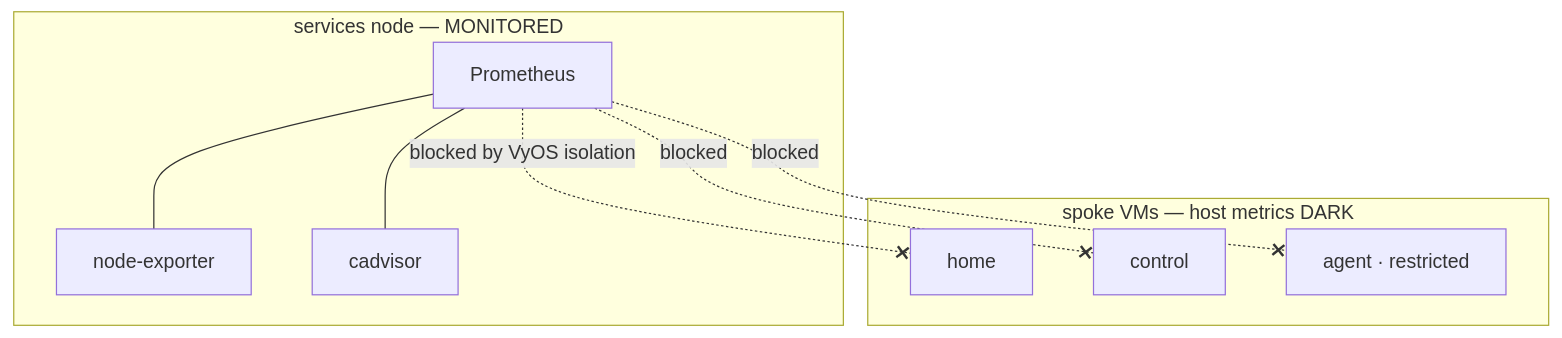
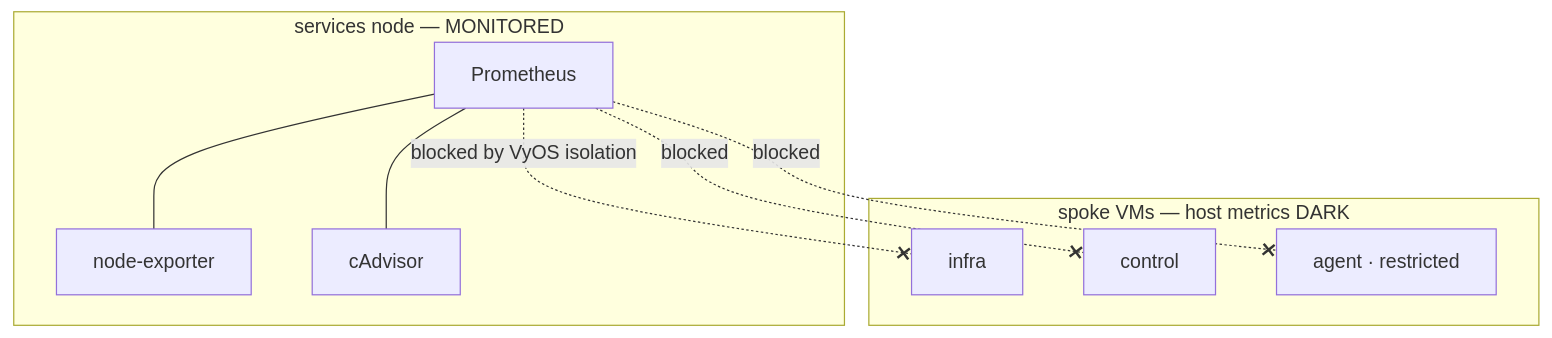
One commit to v2e-sh/v2e-docs changed the third of 3 diagrams in docs/system/observability.md. Above: the diagram before and after it, drawn with Mermaid. The commit also changed other lines of this file and 11 other files, not shown here.

````diff
--- a/docs/system/observability.md
+++ b/docs/system/observability.md
@@ -183,15 +176,15 @@
 ```mermaid
 flowchart TB
   subgraph services["services node — MONITORED"]
     prom[Prometheus] --- ne1[node-exporter]
-    prom --- cad[cadvisor]
+    prom --- cad[cAdvisor]
   end
   subgraph spokes["spoke VMs — host metrics DARK"]
-    home[home]
+    infra[infra]
     control[control]
     agent[agent · restricted]
   end
-  prom -. blocked by VyOS isolation .-x home
+  prom -. blocked by VyOS isolation .-x infra
   prom -. blocked .-x control
   prom -. blocked .-x agent
 ```
````
